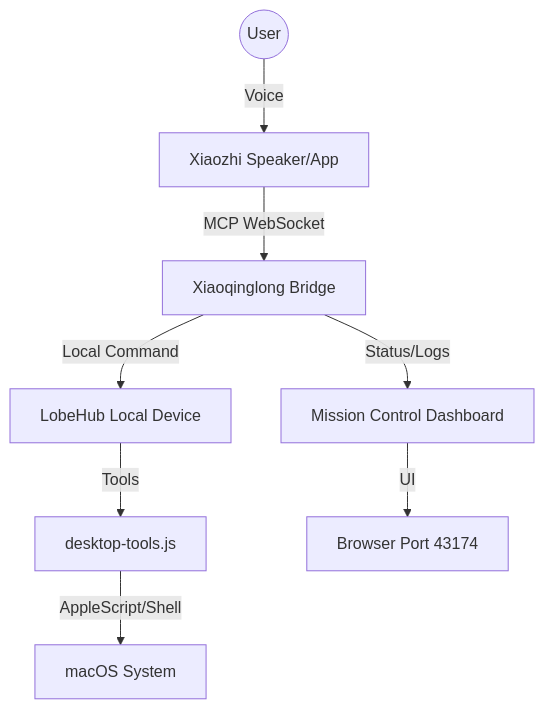
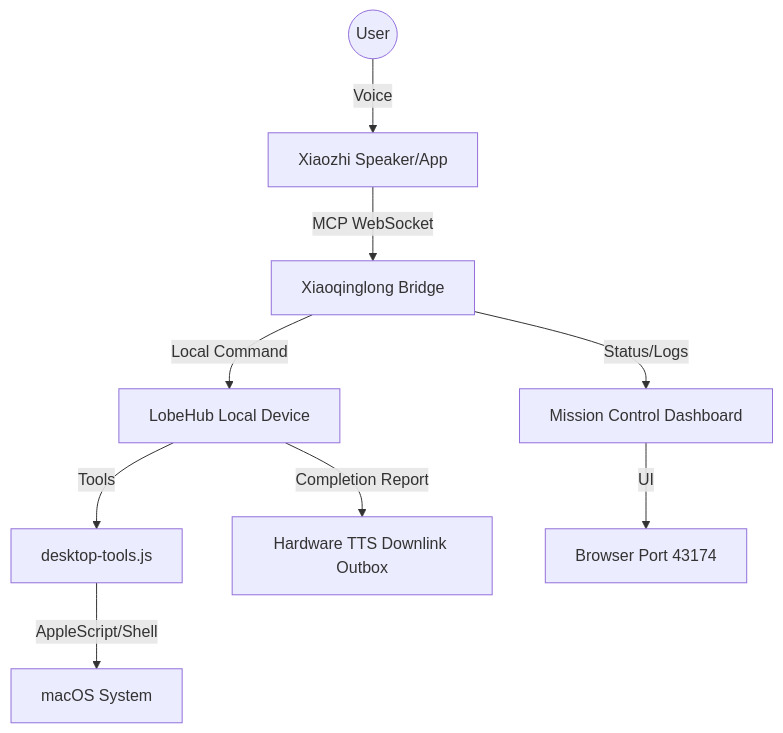
One commit to youlihui12-ux/xiaoqinglong-voice-assistant changed the diagram in README.md. Above: the diagram before and after it, drawn with Mermaid. The commit also changed other lines of this file and 8 other files, not shown here.

Commit message:
Add hardware TTS downlink foundation

````diff
--- a/README.md
+++ b/README.md
@@ -18,10 +18,11 @@
 ```mermaid
 graph TD
     User((User)) -- Voice --> XZ[Xiaozhi Speaker/App]
     XZ -- MCP WebSocket --> BT[Xiaoqinglong Bridge]
     BT -- Local Command --> LB[LobeHub Local Device]
     LB -- Tools --> DT[desktop-tools.js]
     DT -- AppleScript/Shell --> MacOS[macOS System]
+    LB -- Completion Report --> HTTS[Hardware TTS Downlink Outbox]
     BT -- Status/Logs --> MC[Mission Control Dashboard]
     MC -- UI --> Browser[Browser Port 43174]
 ```
````
